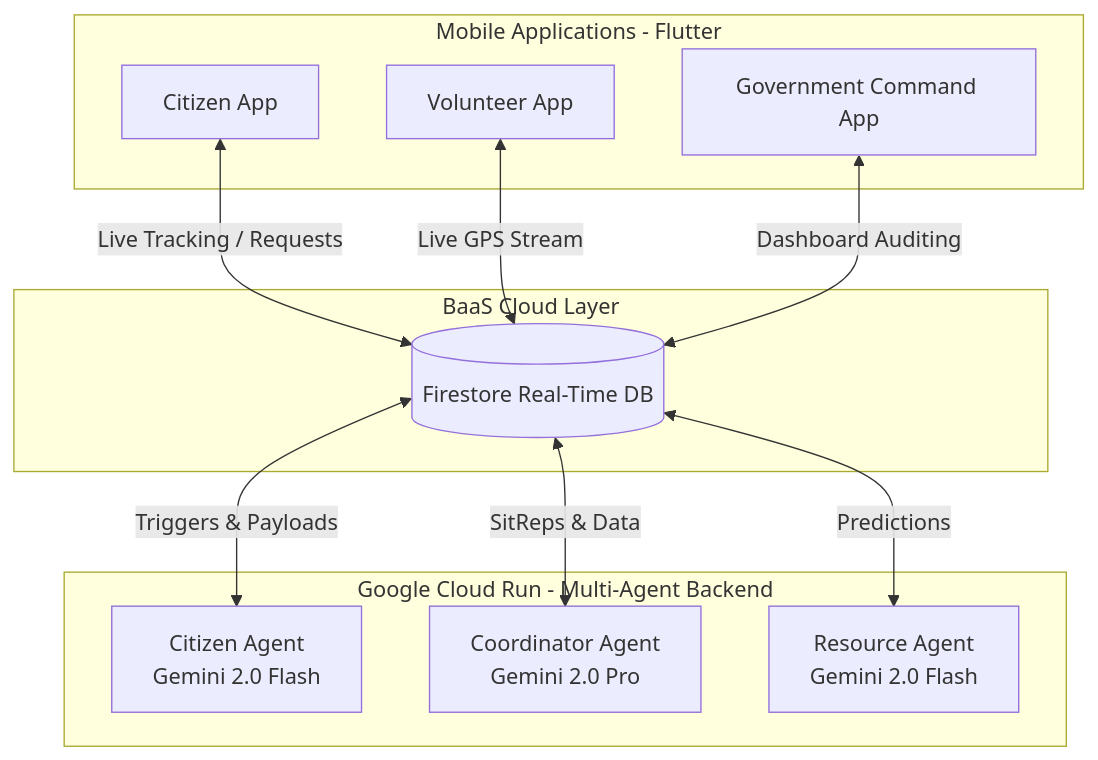
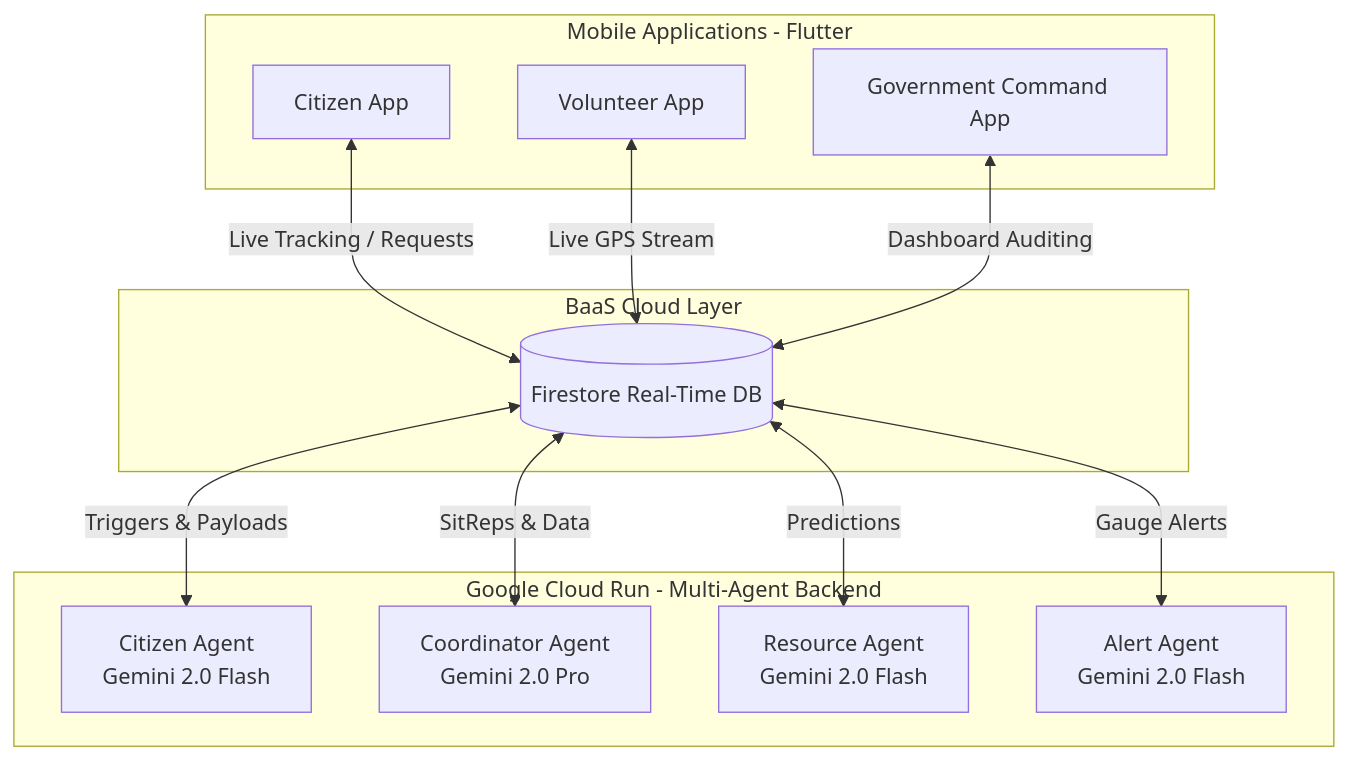
Before and after one commit to yapyap06/FloodSense: the diagram in README.md, drawn with Mermaid. The commit also changed other lines of this file and 10 other files, not shown here.

Commit message:
Organize repository structure and update README with Alert Agent

````diff
--- a/README.md
+++ b/README.md
@@ -35,26 +36,28 @@
 ```mermaid
 graph TD
     subgraph Frontend [Mobile Applications - Flutter]
         C[Citizen App]
         V[Volunteer App]
         G[Government Command App]
     end
 
     subgraph Database [BaaS Cloud Layer]
         FS[(Firestore Real-Time DB)]
     end
 
     subgraph Backend [Google Cloud Run - Multi-Agent Backend]
         CA[Citizen Agent<br>Gemini 2.0 Flash]
         CO[Coordinator Agent<br>Gemini 2.0 Pro]
         RA[Resource Agent<br>Gemini 2.0 Flash]
+        AA[Alert Agent<br>Gemini 2.0 Flash]
     end
 
     C <--> |Live Tracking / Requests| FS
     V <--> |Live GPS Stream| FS
     G <--> |Dashboard Auditing| FS
 
     FS <--> |Triggers & Payloads| CA
     FS <--> |SitReps & Data| CO
     FS <--> |Predictions| RA
+    FS <--> |Gauge Alerts| AA
 ```
````
